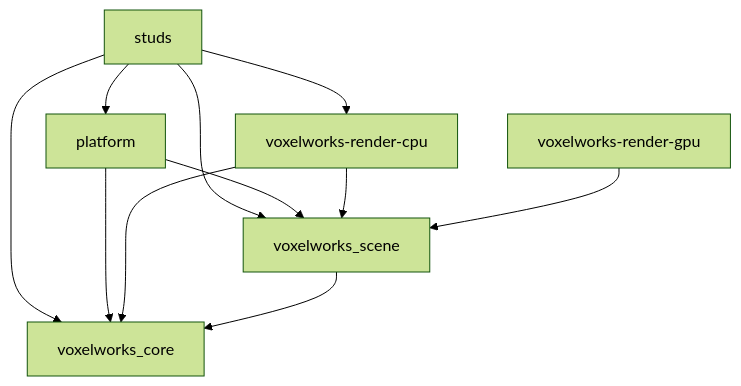
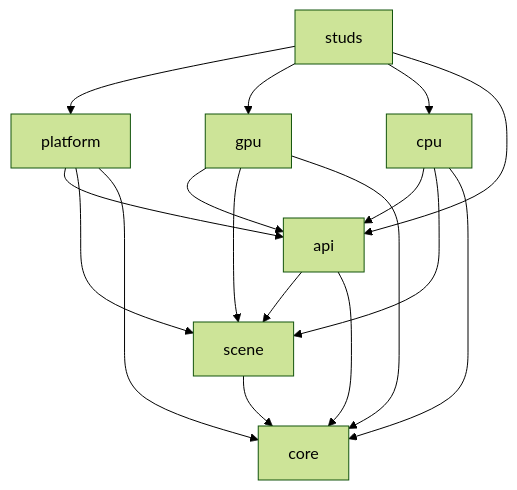
Before and after one commit to ibrahimMohamed124/ribbon_engine: the diagram in ARCHITECTURE.md, drawn with Mermaid (forest theme). The commit also changed other lines of this file and 5 other files, not shown here.

````diff
--- a/ARCHITECTURE.md
+++ b/ARCHITECTURE.md
@@ -14,13 +7,19 @@
 ```mermaid
 graph TD
+  scene --> core
+  api --> scene
+  api --> core
+  cpu --> api
+  cpu --> scene
+  cpu --> core
+  gpu --> api
+  gpu --> scene
+  gpu --> core
+  platform --> api
+  platform --> scene
+  platform --> core
   studs --> platform
-  studs --> voxelworks-render-cpu
-  studs --> voxelworks_scene
-  studs --> voxelworks_core
-  platform --> voxelworks_scene
-  platform --> voxelworks_core
-  voxelworks-render-cpu --> voxelworks_scene
-  voxelworks-render-cpu --> voxelworks_core
-  voxelworks_scene --> voxelworks_core
-  voxelworks-render-gpu --> voxelworks_scene
+  studs --> gpu
+  studs --> cpu
+  studs --> api
 ```
````
